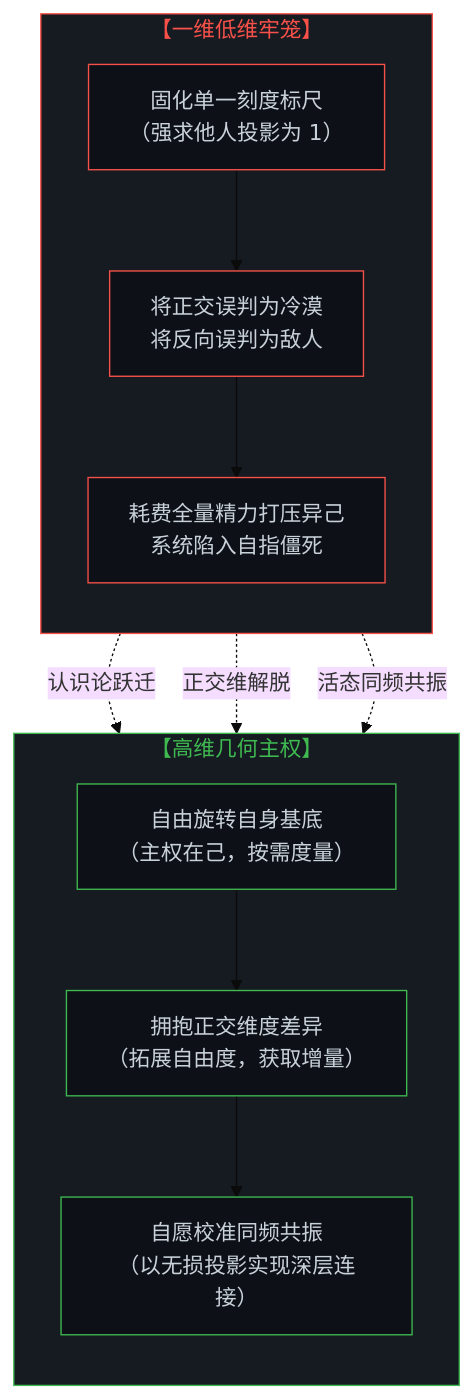
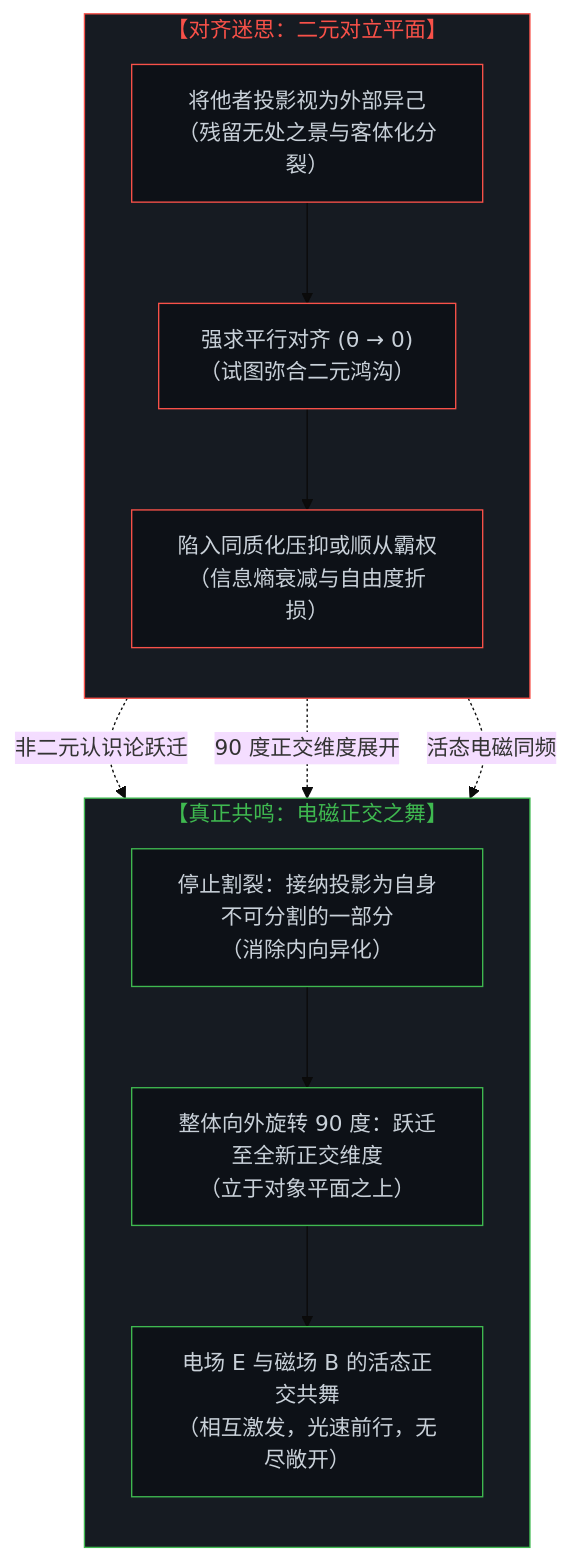
Before and after one commit to powerpig99/not-a-toe: the fourth of 4 diagrams in content/posts/the-mind-as-vector-and-coordinate-system.md, drawn with Mermaid (base theme). The commit also changed other lines of this file and 5 other files, not shown here.

````diff
--- a/content/posts/the-mind-as-vector-and-coordinate-system.md
+++ b/content/posts/the-mind-as-vector-and-coordinate-system.md
@@ -241,31 +234,31 @@
 ```mermaid
 graph TD
-    subgraph S_Low["【一维低维牢笼】"]
+    subgraph S_Duality["【对齐迷思：二元对立平面】"]
         direction TB
-        L1["固化单一刻度标尺<br>（强求他人投影为 1）"]
-        L2["将正交误判为冷漠<br>将反向误判为敌人"]
-        L3["耗费全量精力打压异己<br>系统陷入自指僵死"]
-        L1 --> L2 --> L3
+        P1["将他者投影视为外部异己<br>（残留无处之景与客体化分裂）"]
+        P2["强求平行对齐 (θ → 0)<br>（试图弥合二元鸿沟）"]
+        P3["陷入同质化压抑或顺从霸权<br>（信息熵衰减与自由度折损）"]
+        P1 --> P2 --> P3
     end
 
-    subgraph S_High["【高维几何主权】"]
+    subgraph S_EM["【真正共鸣：电磁正交之舞】"]
         direction TB
-        H1["自由旋转自身基底<br>（主权在己，按需度量）"]
-        H2["拥抱正交维度差异<br>（拓展自由度，获取增量）"]
-        H3["自愿校准同频共振<br>（以无损投影实现深层连接）"]
-        H1 --> H2 --> H3
+        E1["停止割裂：接纳投影为自身不可分割的一部分<br>（消除内向异化）"]
+        E2["整体向外旋转 90 度：跃迁至全新正交维度<br>（立于对象平面之上）"]
+        E3["电场 E 与磁场 B 的活态正交共舞<br>（相互激发，光速前行，无尽敞开）"]
+        E1 --> E2 --> E3
     end
 
-    L1 -.->|"认识论跃迁"| H1
-    L2 -.->|"正交维解脱"| H2
-    L3 -.->|"活态同频共振"| H3
+    P1 -.->|"非二元认识论跃迁"| E1
+    P2 -.->|"90 度正交维度展开"| E2
+    P3 -.->|"活态电磁同频"| E3
 
-    style S_Low fill:#161b22,stroke:#f85149,stroke-width:1px,color:#f85149
-    style S_High fill:#161b22,stroke:#3fb950,stroke-width:1px,color:#3fb950
-    style L1 fill:#0d1117,stroke:#f85149,stroke-width:1px,color:#c9d1d9
-    style L2 fill:#0d1117,stroke:#f85149,stroke-width:1px,color:#c9d1d9
-    style L3 fill:#0d1117,stroke:#f85149,stroke-width:1px,color:#c9d1d9
-    style H1 fill:#0d1117,stroke:#3fb950,stroke-width:1px,color:#c9d1d9
-    style H2 fill:#0d1117,stroke:#3fb950,stroke-width:1px,color:#c9d1d9
-    style H3 fill:#0d1117,stroke:#3fb950,stroke-width:1px,color:#c9d1d9
+    style S_Duality fill:#161b22,stroke:#f85149,stroke-width:1px,color:#f85149
+    style S_EM fill:#161b22,stroke:#3fb950,stroke-width:1px,color:#3fb950
+    style P1 fill:#0d1117,stroke:#f85149,stroke-width:1px,color:#c9d1d9
+    style P2 fill:#0d1117,stroke:#f85149,stroke-width:1px,color:#c9d1d9
+    style P3 fill:#0d1117,stroke:#f85149,stroke-width:1px,color:#c9d1d9
+    style E1 fill:#0d1117,stroke:#3fb950,stroke-width:1px,color:#c9d1d9
+    style E2 fill:#0d1117,stroke:#3fb950,stroke-width:1px,color:#c9d1d9
+    style E3 fill:#0d1117,stroke:#3fb950,stroke-width:1px,color:#c9d1d9
 ```
````
